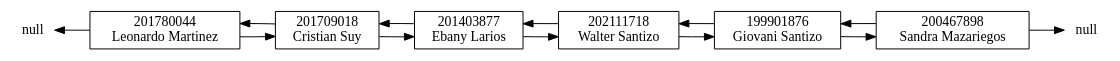
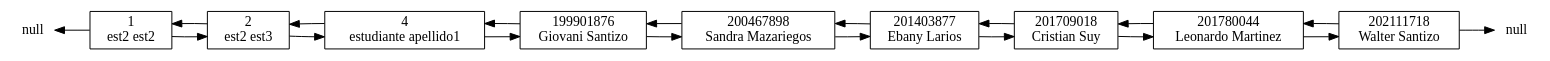
The diagram in EDD_Proyecto1_Fase1/Grafics/Lista.dot (walterjav19/EDD_1S2023_PY_202111718), drawn with Graphviz before and after one commit. The commit also changed 7 other files, not shown here.

```diff
--- a/EDD_Proyecto1_Fase1/Grafics/Lista.dot
+++ b/EDD_Proyecto1_Fase1/Grafics/Lista.dot
@@ -1,24 +1,33 @@
 digraph LinkedList {
 	rankdir=LR;
 	node [shape=record];
 	nullI [shape=none, label="null", style=bold, height=0, width=0];
 	nullF [shape=none, label="null", style=bold, height=0, width=0];
-	a201780044[label="201780044\nLeonardo Martinez"]
-	a201780044->a201709018
-	nullI->a201780044[dir=back]
-			a201709018[label="201709018\nCristian Suy"]
-	a201709018->a201403877
-	a201709018->a201780044
-	a201403877[label="201403877\nEbany Larios"]
-	a201403877->a202111718
-	a201403877->a201709018
-	a202111718[label="202111718\nWalter Santizo"]
-	a202111718->a199901876
-	a202111718->a201403877
+	a1[label="1\nest2 est2"]
+	a1->a2
+	nullI->a1[dir=back]
+			a2[label="2\nest2 est3"]
+	a2->a4
+	a2->a1
+	a4[label="4\nestudiante apellido1"]
+	a4->a199901876
+	a4->a2
 	a199901876[label="199901876\nGiovani Santizo"]
 	a199901876->a200467898
-	a199901876->a202111718
+	a199901876->a4
 	a200467898[label="200467898\nSandra Mazariegos"]
+	a200467898->a201403877
 	a200467898->a199901876
-	a200467898->nullF
+	a201403877[label="201403877\nEbany Larios"]
+	a201403877->a201709018
+	a201403877->a200467898
+	a201709018[label="201709018\nCristian Suy"]
+	a201709018->a201780044
+	a201709018->a201403877
+	a201780044[label="201780044\nLeonardo Martinez"]
+	a201780044->a202111718
+	a201780044->a201709018
+	a202111718[label="202111718\nWalter Santizo"]
+	a202111718->a201780044
+	a202111718->nullF
 			}
```
